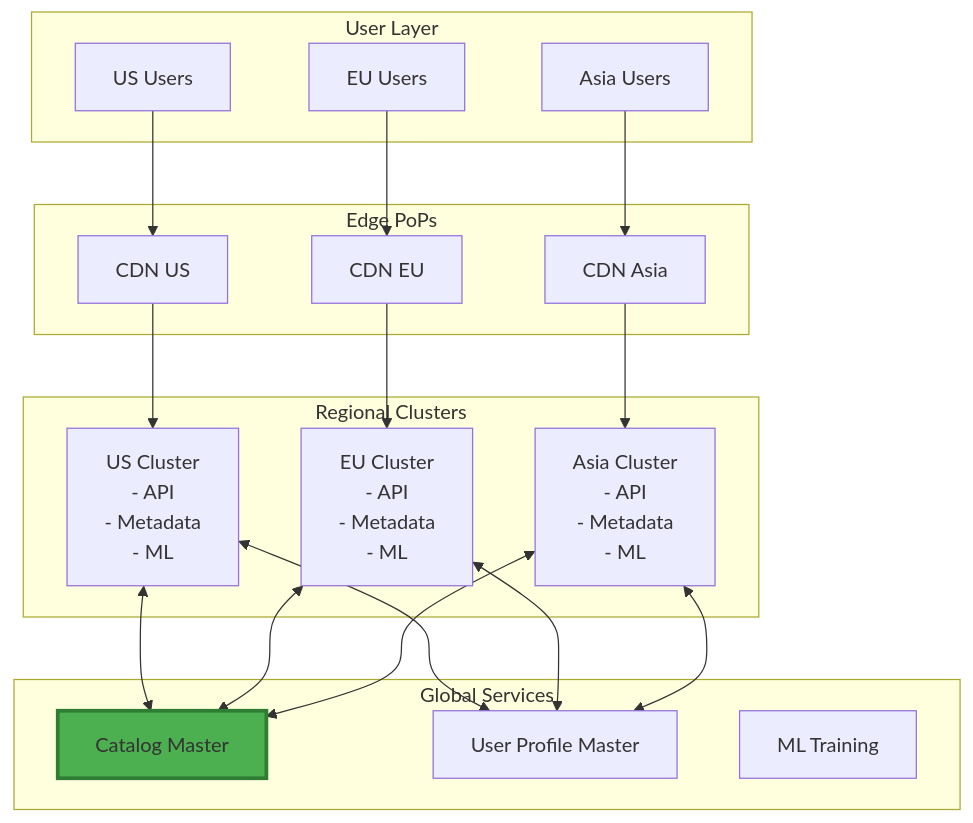
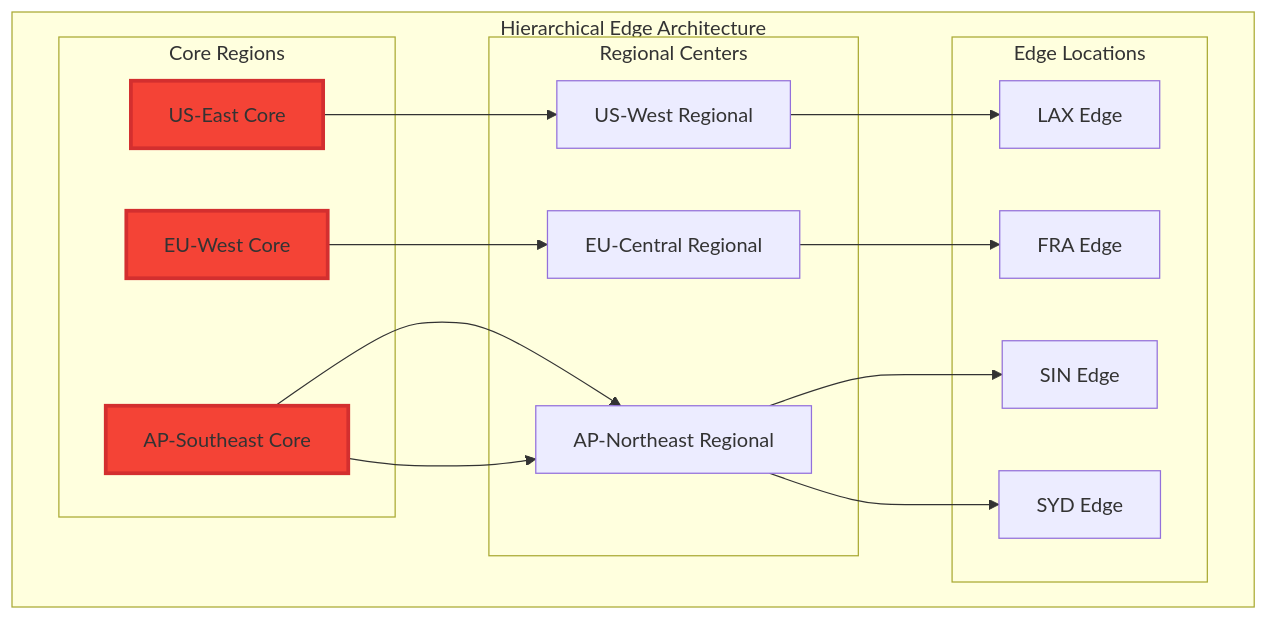
The ninth of 12 diagrams in docs/pattern-library/scaling/multi-region.md (deepaucksharma/DStudio), drawn with Mermaid before and after one commit. The commit also changed other lines of this file and 191 other files, not shown here.

````diff
--- a/docs/pattern-library/scaling/multi-region.md
+++ b/docs/pattern-library/scaling/multi-region.md
@@ -688,42 +383,32 @@
- ```mermaid
- graph TB
- subgraph "User Layer"
- US[US Users]
- EU[EU Users]
- AS[Asia Users]
- end
- subgraph "Edge PoPs"
- CDN1[CDN US]
- CDN2[CDN EU]
- CDN3[CDN Asia]
- end
- subgraph "Regional Clusters"
- R1[US Cluster
- - API
- - Metadata
- - ML]
- R2[EU Cluster
- - API
- - Metadata
- - ML]
- R3[Asia Cluster
- - API
- - Metadata
- - ML]
- end
- subgraph "Global Services"
- CAT[Catalog Master]
- USER[User Profile Master]
- ML[ML Training]
- end
- US --> CDN1 --> R1
- EU --> CDN2 --> R2
- AS --> CDN3 --> R3
- R1 <--> CAT
- R2 <--> CAT
- R3 <--> CAT
- R1 <--> USER
- R2 <--> USER
- R3 <--> USER
- style CAT fill:#4caf50,stroke:#2e7d32,stroke-width:3px
- ```
+```mermaid
+graph TB
+    subgraph "Hierarchical Edge Architecture"
+        subgraph "Core Regions"
+            C1[US-East Core]
+            C2[EU-West Core]
+            C3[AP-Southeast Core]
+        end
+        
+        subgraph "Regional Centers"
+            R1[US-West Regional]
+            R2[EU-Central Regional]
+            R3[AP-Northeast Regional]
+        end
+        
+        subgraph "Edge Locations"
+            E1[LAX Edge]
+            E2[FRA Edge]
+            E3[SIN Edge]
+            E4[SYD Edge]
+        end
+    end
+    
+    C1 --> R1 --> E1
+    C2 --> R2 --> E2
+    C3 --> R3 --> E3
+    C3 --> R3 --> E4
+    
+    style C1 fill:#f44336,stroke:#d32f2f,stroke-width:3px
+    style C2 fill:#f44336,stroke:#d32f2f,stroke-width:3px
+    style C3 fill:#f44336,stroke:#d32f2f,stroke-width:3px
+```
````
